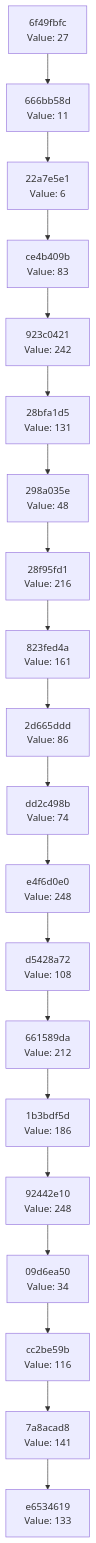
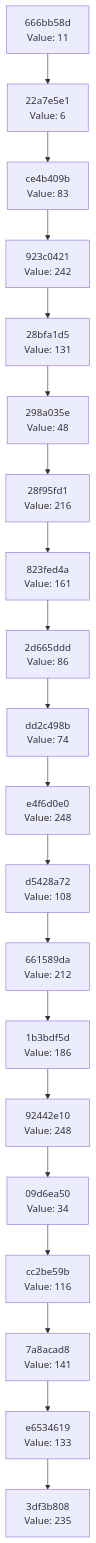
Before and after one commit to Abhisheksinha1506/hash-chain-evolver: the diagram in docs/CHAIN_VISUALIZATION.md, drawn with Mermaid. The commit also changed 2 other files, not shown here.

Commit message:
Evolution step: hash 0xEB → action executed

````diff
--- a/docs/CHAIN_VISUALIZATION.md
+++ b/docs/CHAIN_VISUALIZATION.md
@@ -3,42 +3,42 @@
 ```mermaid
 graph TD
-    C0["e6534619<br/>Value: 133"]
-    C1["7a8acad8<br/>Value: 141"]
+    C0["3df3b808<br/>Value: 235"]
+    C1["e6534619<br/>Value: 133"]
     C1 --> C0
-    C2["cc2be59b<br/>Value: 116"]
+    C2["7a8acad8<br/>Value: 141"]
     C2 --> C1
-    C3["09d6ea50<br/>Value: 34"]
+    C3["cc2be59b<br/>Value: 116"]
     C3 --> C2
-    C4["92442e10<br/>Value: 248"]
+    C4["09d6ea50<br/>Value: 34"]
     C4 --> C3
-    C5["1b3bdf5d<br/>Value: 186"]
+    C5["92442e10<br/>Value: 248"]
     C5 --> C4
-    C6["661589da<br/>Value: 212"]
+    C6["1b3bdf5d<br/>Value: 186"]
     C6 --> C5
-    C7["d5428a72<br/>Value: 108"]
+    C7["661589da<br/>Value: 212"]
     C7 --> C6
-    C8["e4f6d0e0<br/>Value: 248"]
+    C8["d5428a72<br/>Value: 108"]
     C8 --> C7
-    C9["dd2c498b<br/>Value: 74"]
+    C9["e4f6d0e0<br/>Value: 248"]
     C9 --> C8
-    C10["2d665ddd<br/>Value: 86"]
+    C10["dd2c498b<br/>Value: 74"]
     C10 --> C9
-    C11["823fed4a<br/>Value: 161"]
+    C11["2d665ddd<br/>Value: 86"]
     C11 --> C10
-    C12["28f95fd1<br/>Value: 216"]
+    C12["823fed4a<br/>Value: 161"]
     C12 --> C11
-    C13["298a035e<br/>Value: 48"]
+    C13["28f95fd1<br/>Value: 216"]
     C13 --> C12
-    C14["28bfa1d5<br/>Value: 131"]
+    C14["298a035e<br/>Value: 48"]
     C14 --> C13
-    C15["923c0421<br/>Value: 242"]
+    C15["28bfa1d5<br/>Value: 131"]
     C15 --> C14
-    C16["ce4b409b<br/>Value: 83"]
+    C16["923c0421<br/>Value: 242"]
     C16 --> C15
-    C17["22a7e5e1<br/>Value: 6"]
+    C17["ce4b409b<br/>Value: 83"]
     C17 --> C16
-    C18["666bb58d<br/>Value: 11"]
+    C18["22a7e5e1<br/>Value: 6"]
     C18 --> C17
-    C19["6f49fbfc<br/>Value: 27"]
+    C19["666bb58d<br/>Value: 11"]
     C19 --> C18
 ```
````
